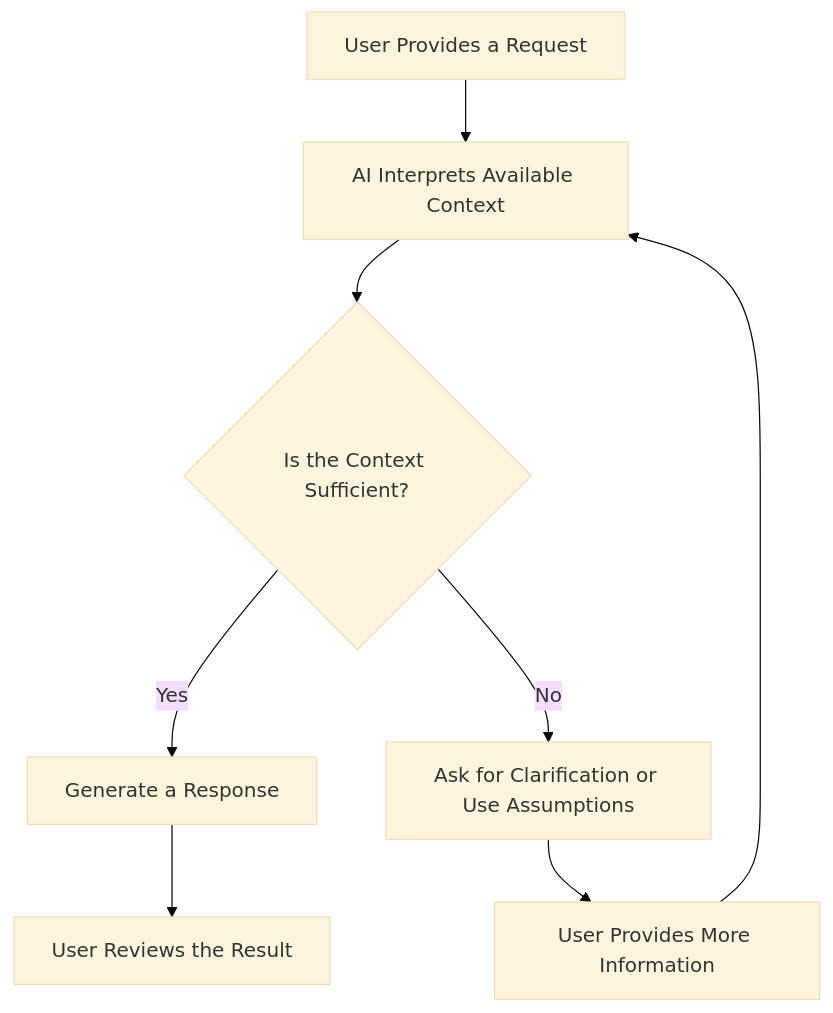
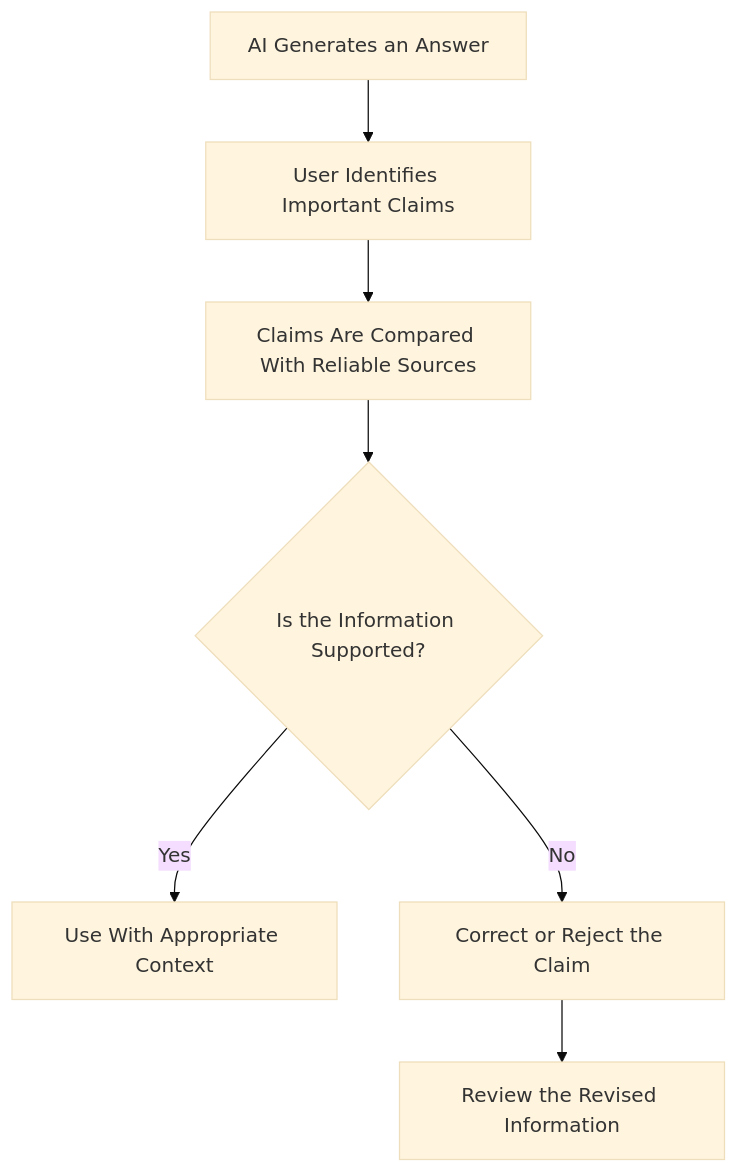
One commit to NicolausLionel/SLN changed the second of 5 diagrams in content/04_benefits-limitations-challenges.md. Above: the diagram before and after it, drawn with Mermaid (base theme). The commit also changed other lines of this file, not shown here.

````diff
--- a/content/04_benefits-limitations-challenges.md
+++ b/content/04_benefits-limitations-challenges.md
@@ -419,10 +350,9 @@
 ```mermaid
 flowchart TD
-    A["User Provides a Request"] --> B["AI Interprets Available Context"]
-    B --> C{"Is the Context Sufficient?"}
-    C -->|Yes| D["Generate a Response"]
-    C -->|No| E["Ask for Clarification or Use Assumptions"]
-    E --> F["User Provides More Information"]
-    F --> B
-    D --> G["User Reviews the Result"]
+    A[AI Generates an Answer] --> B[User Identifies Important Claims]
+    B --> C[Claims Are Compared With Reliable Sources]
+    C --> D{Is the Information Supported?}
+    D -->|Yes| E[Use With Appropriate Context]
+    D -->|No| F[Correct or Reject the Claim]
+    F --> G[Review the Revised Information]
 ```
````
